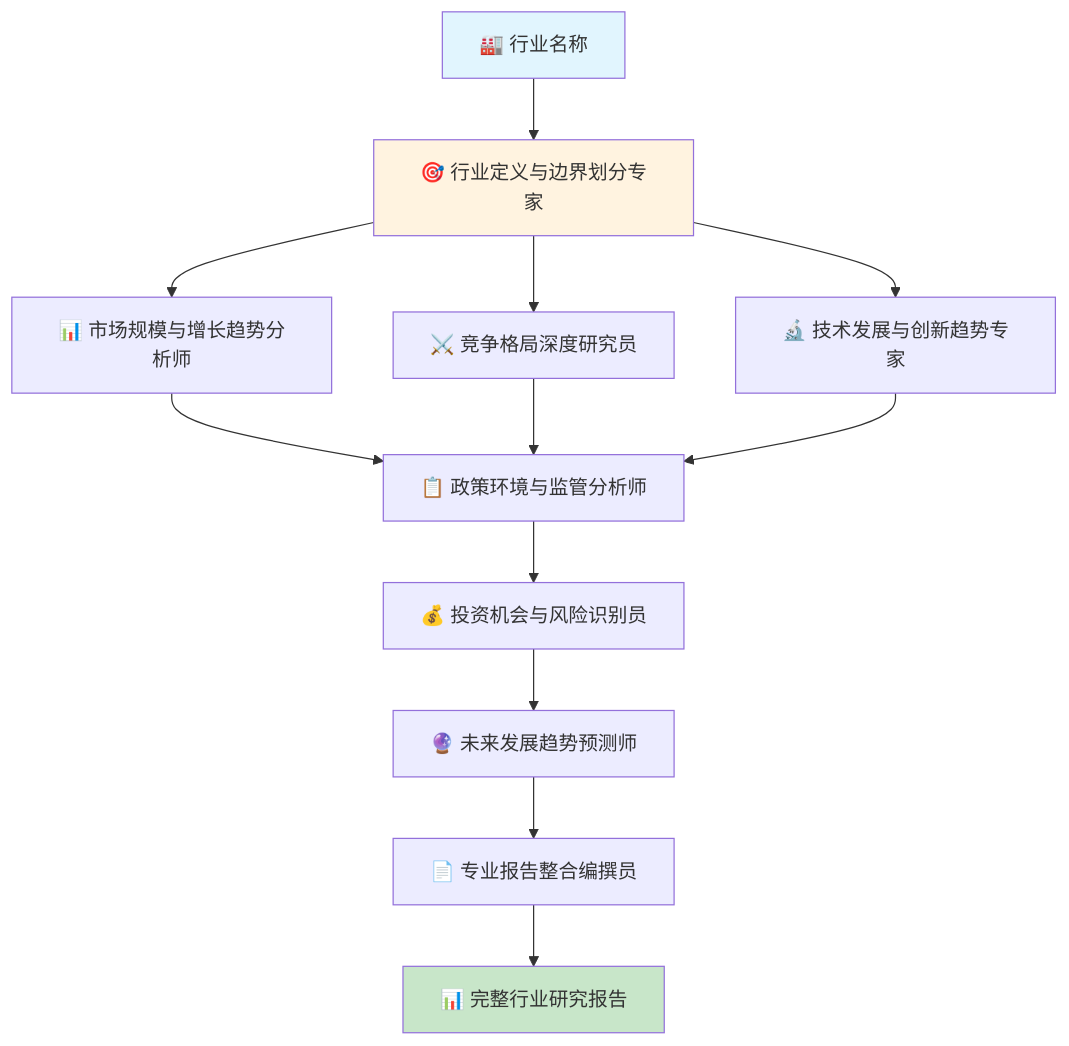
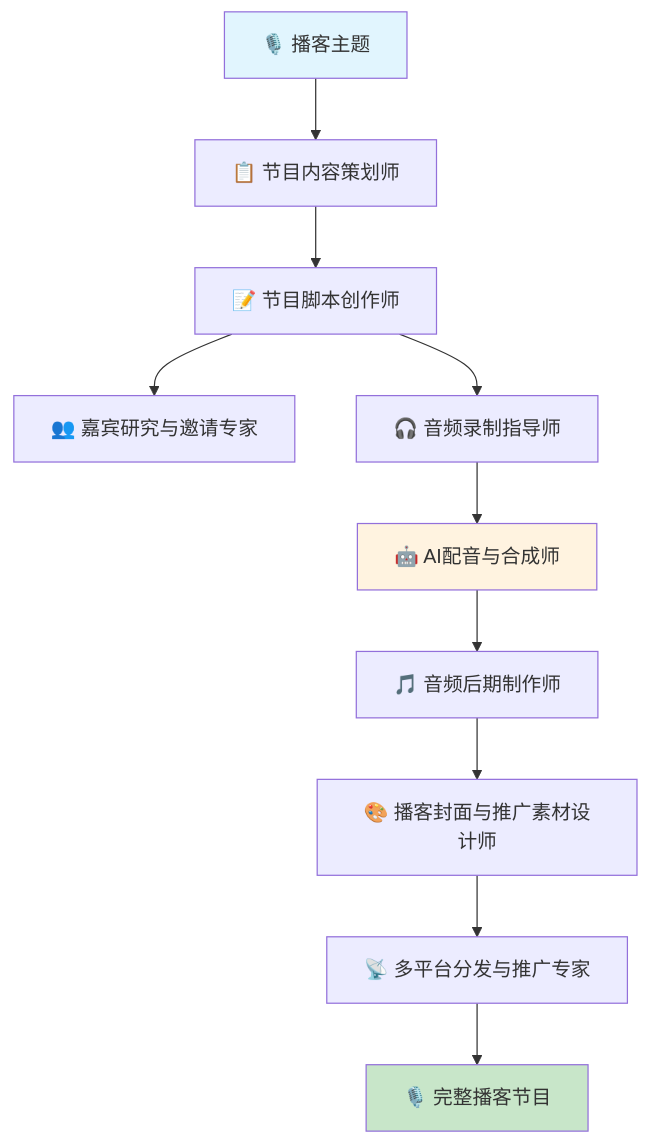
Before and after one commit to pftom/refly-use-cases: the third of 21 diagrams in use-cases/detailed-use-cases.md, drawn with Mermaid. The commit also changed other lines of this file and 1 other file, not shown here.

````diff
--- a/use-cases/detailed-use-cases.md
+++ b/use-cases/detailed-use-cases.md
@@ -497,18 +278,16 @@
 ```mermaid
 graph TD
-    A[🏭 行业名称] --> B[🎯 行业定义与边界划分专家]
-    B --> C[📊 市场规模与增长趋势分析师]
-    B --> D[⚔️ 竞争格局深度研究员]
-    B --> E[🔬 技术发展与创新趋势专家]
-    C --> F[📋 政策环境与监管分析师]
-    D --> F
-    E --> F
-    F --> G[💰 投资机会与风险识别员]
-    G --> H[🔮 未来发展趋势预测师]
-    H --> I[📄 专业报告整合编撰员]
-    I --> J[📊 完整行业研究报告]
+    A[🎙️ 播客主题] --> B[📋 节目内容策划师]
+    B --> C[📝 节目脚本创作师]
+    C --> D[👥 嘉宾研究与邀请专家]
+    C --> E[🎧 音频录制指导师]
+    E --> F[🤖 AI配音与合成师]
+    F --> G[🎵 音频后期制作师]
+    G --> H[🎨 播客封面与推广素材设计师]
+    H --> I[📡 多平台分发与推广专家]
+    I --> J[🎙️ 完整播客节目]
     
     style A fill:#e1f5fe
     style J fill:#c8e6c9
-    style B fill:#fff3e0
+    style F fill:#fff3e0
 ```
````
